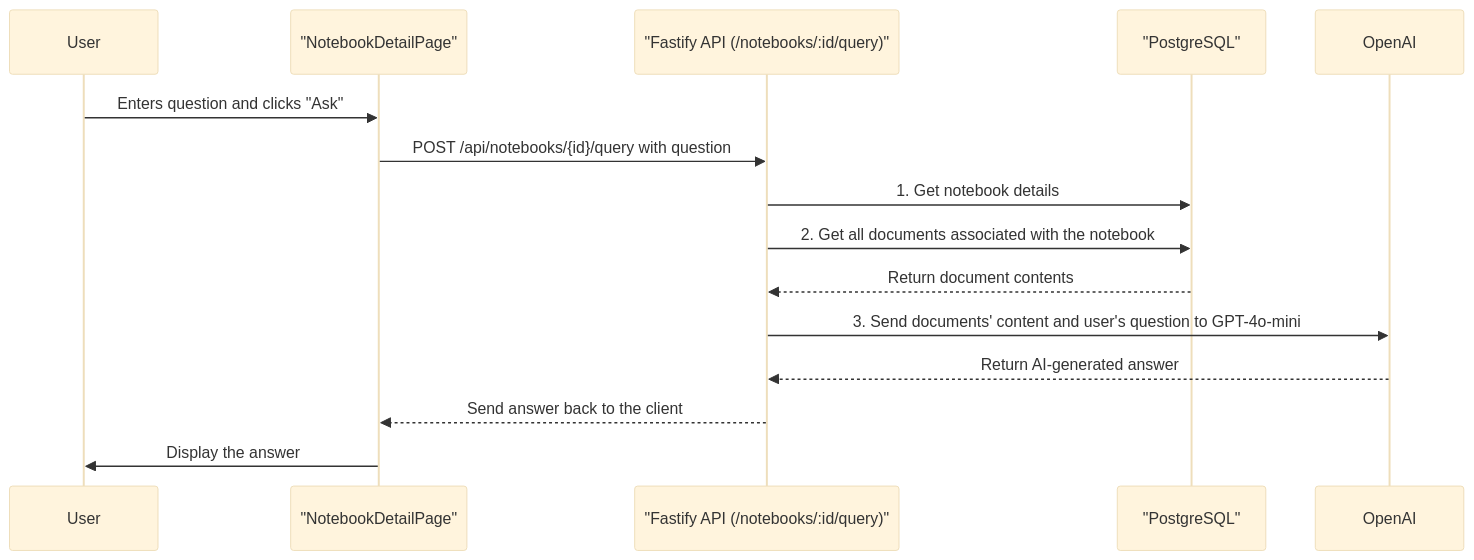
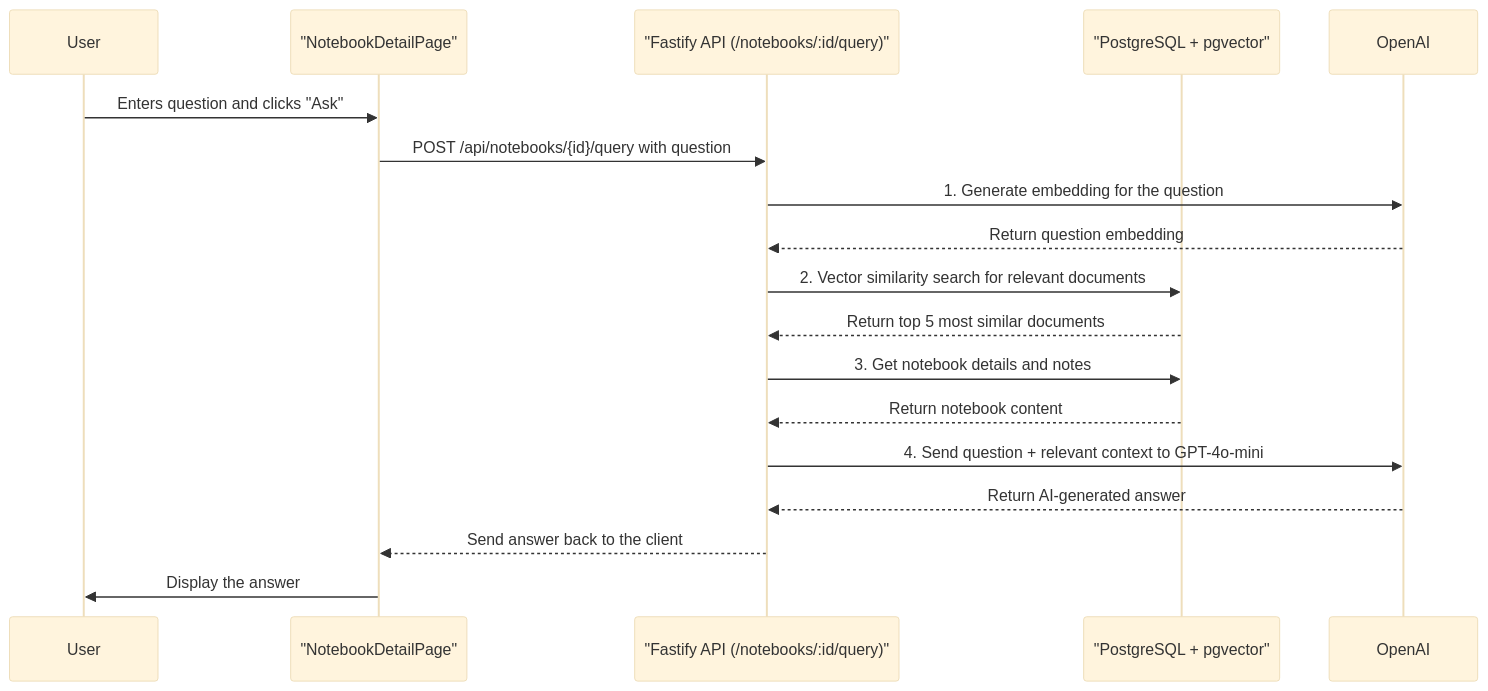
The third of 4 diagrams in EXPLAINER.md (caraya/digital-object-repo), drawn with Mermaid (base theme) before and after one commit. The commit also changed other lines of this file and 21 other files, not shown here.

````diff
--- a/EXPLAINER.md
+++ b/EXPLAINER.md
@@ -106,18 +116,21 @@
 ```mermaid
 sequenceDiagram
     participant User
     participant ReactUI as "NotebookDetailPage"
     participant Backend as "Fastify API (/notebooks/:id/query)"
-    participant DB as "PostgreSQL"
+    participant DB as "PostgreSQL + pgvector"
     participant OpenAI
 
     User->>ReactUI: Enters question and clicks "Ask"
     ReactUI->>Backend: POST /api/notebooks/{id}/query with question
-    Backend->>DB: 1. Get notebook details
-    Backend->>DB: 2. Get all documents associated with the notebook
-    DB-->>Backend: Return document contents
-    Backend->>OpenAI: 3. Send documents' content and user's question to GPT-4o-mini
+    Backend->>OpenAI: 1. Generate embedding for the question
+    OpenAI-->>Backend: Return question embedding
+    Backend->>DB: 2. Vector similarity search for relevant documents
+    DB-->>Backend: Return top 5 most similar documents
+    Backend->>DB: 3. Get notebook details and notes
+    DB-->>Backend: Return notebook content
+    Backend->>OpenAI: 4. Send question + relevant context to GPT-4o-mini
     OpenAI-->>Backend: Return AI-generated answer
     Backend-->>ReactUI: Send answer back to the client
     ReactUI->>User: Display the answer
 ```
````
